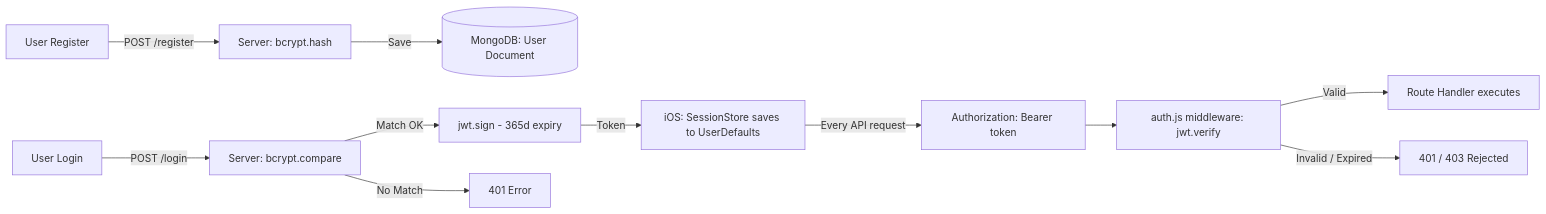
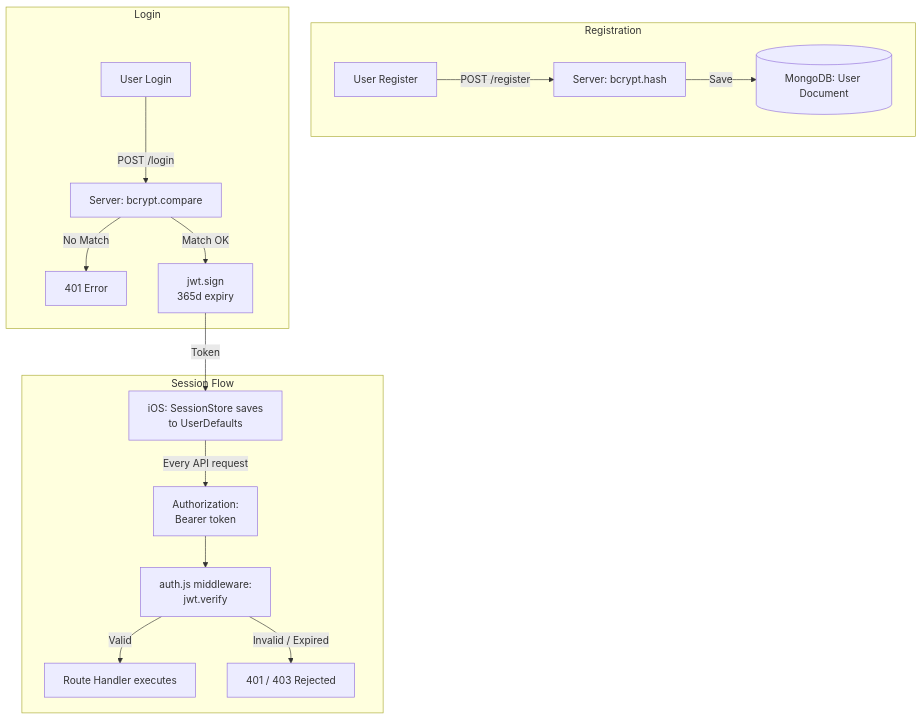
Before and after one commit to denizyakar/SoniApp: the second of 6 diagrams in README.md, drawn with Mermaid. The commit also changed other lines of this file, not shown here.

````diff
--- a/README.md
+++ b/README.md
@@ -136,15 +136,21 @@
 ```mermaid
-flowchart LR
-    A["User Register"] -->|"POST /register"| B["Server: bcrypt.hash"]
-    B -->|"Save"| C[("MongoDB: User Document")]
+flowchart TD
+    subgraph Registration
+        A["User Register"] -->|"POST /register"| B["Server: bcrypt.hash"]
+        B -->|"Save"| C[("MongoDB: User Document")]
+    end
 
-    D["User Login"] -->|"POST /login"| E["Server: bcrypt.compare"]
-    E -->|"Match OK"| F["jwt.sign - 365d expiry"]
-    E -->|"No Match"| H["401 Error"]
-    F -->|"Token"| G["iOS: SessionStore saves to UserDefaults"]
+    subgraph Login
+        D["User Login"] -->|"POST /login"| E["Server: bcrypt.compare"]
+        E -->|"No Match"| H["401 Error"]
+        E -->|"Match OK"| F["jwt.sign<br>365d expiry"]
+    end
 
-    G -->|"Every API request"| I["Authorization: Bearer token"]
-    I --> J["auth.js middleware: jwt.verify"]
-    J -->|"Valid"| K["Route Handler executes"]
-    J -->|"Invalid / Expired"| L["401 / 403 Rejected"]
+    subgraph Session Flow
+        F -->|"Token"| G["iOS: SessionStore saves<br>to UserDefaults"]
+        G -->|"Every API request"| I["Authorization:<br>Bearer token"]
+        I --> J["auth.js middleware:<br>jwt.verify"]
+        J -->|"Valid"| K["Route Handler executes"]
+        J -->|"Invalid / Expired"| L["401 / 403 Rejected"]
+    end
 ```
````
